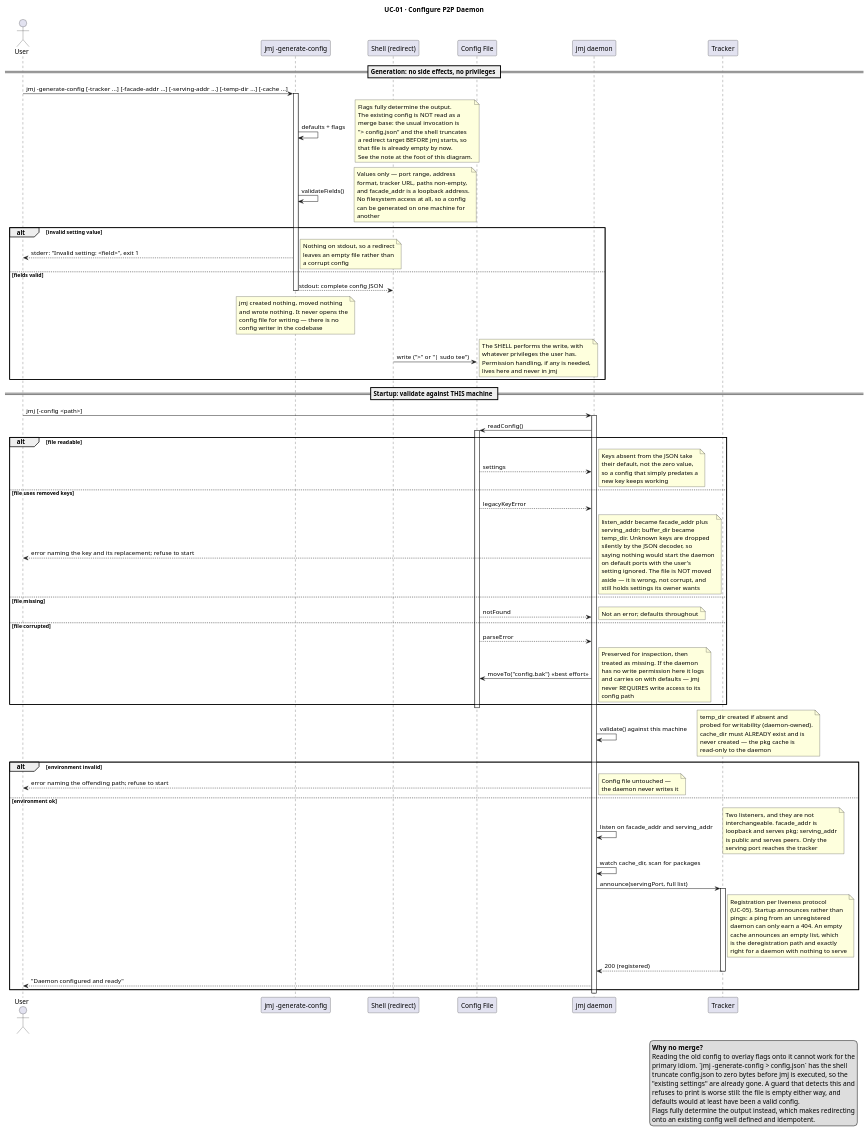
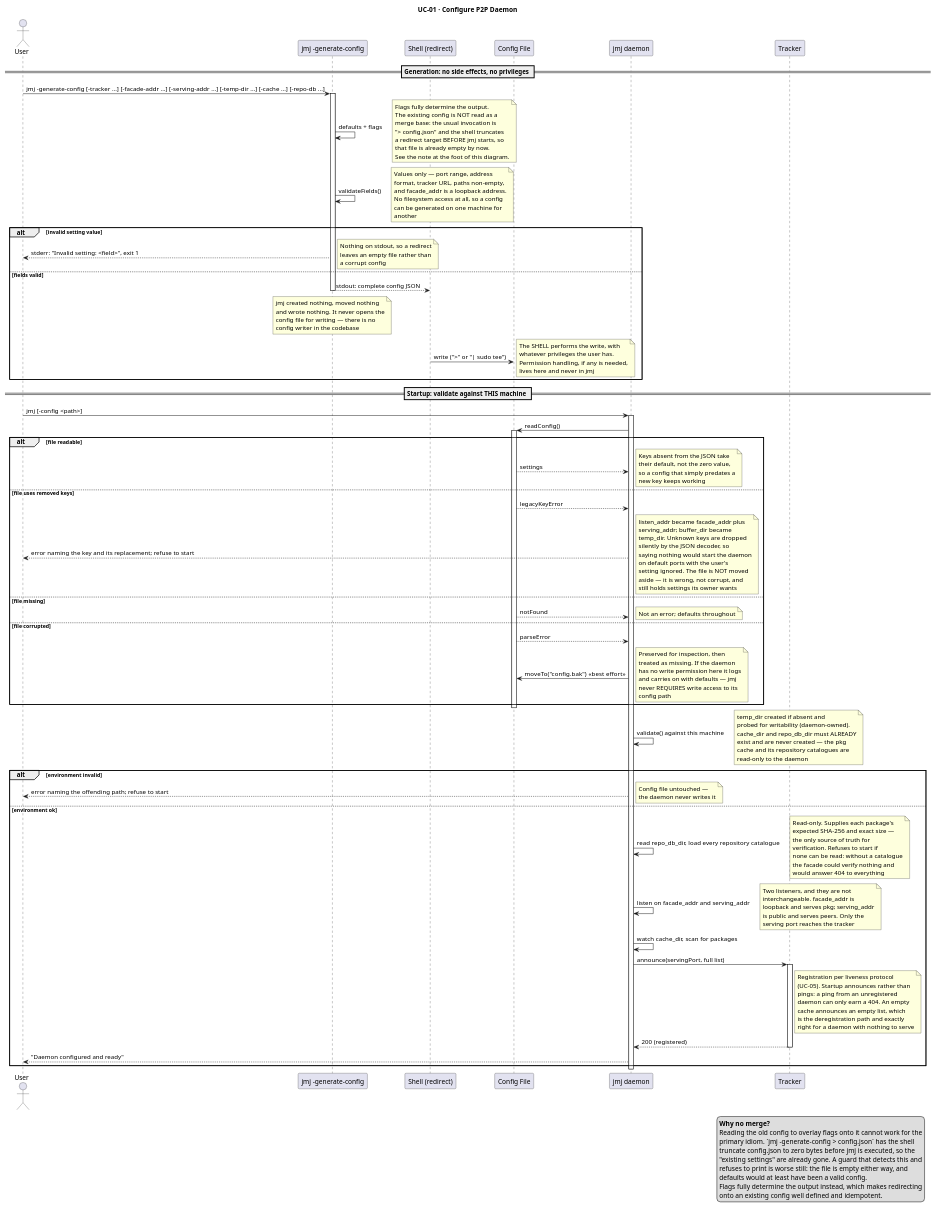
Before and after one commit to ndrew222/p2p-pkg-daemon: the diagram in docs/uc-01.puml, drawn with PlantUML. The commit also changed 4 other files, not shown here.

First line of the commit message:
docs: document repo_db_dir and record the §4.2/§4.3 decisions

```diff
--- a/docs/uc-01.puml
+++ b/docs/uc-01.puml
@@ -1,98 +1,101 @@
 @startuml
 title UC-01 · Configure P2P Daemon
 
 actor       User
 participant "jmj -generate-config" as Gen
 participant "Shell (redirect)"     as Shell
 participant "Config File"          as Config
 participant "jmj daemon"           as Daemon
 participant Tracker
 
 == Generation: no side effects, no privileges ==
 
-User -> Gen : jmj -generate-config [-tracker ...] [-facade-addr ...] [-serving-addr ...] [-temp-dir ...] [-cache ...]
+User -> Gen : jmj -generate-config [-tracker ...] [-facade-addr ...] [-serving-addr ...] [-temp-dir ...] [-cache ...] [-repo-db ...]
 activate Gen
 
 Gen -> Gen : defaults + flags
 note right : Flags fully determine the output.\nThe existing config is NOT read as a\nmerge base: the usual invocation is\n"> config.json" and the shell truncates\na redirect target BEFORE jmj starts, so\nthat file is already empty by now.\nSee the note at the foot of this diagram.
 
 Gen -> Gen : validateFields()
 note right : Values only — port range, address\nformat, tracker URL, paths non-empty,\nand facade_addr is a loopback address.\nNo filesystem access at all, so a config\ncan be generated on one machine for\nanother
 
 alt invalid setting value
 Gen --> User : stderr: "Invalid setting: <field>", exit 1
 note right : Nothing on stdout, so a redirect\nleaves an empty file rather than\na corrupt config
 
 else fields valid
 Gen --> Shell : stdout: complete config JSON
 deactivate Gen
 note over Gen : jmj created nothing, moved nothing\nand wrote nothing. It never opens the\nconfig file for writing — there is no\nconfig writer in the codebase
 
 Shell -> Config : write (">" or "| sudo tee")
 note right : The SHELL performs the write, with\nwhatever privileges the user has.\nPermission handling, if any is needed,\nlives here and never in jmj
 end
 
 == Startup: validate against THIS machine ==
 
 User -> Daemon : jmj [-config <path>]
 activate Daemon
 
 Daemon -> Config : readConfig()
 activate Config
 
 alt file readable
 Config --> Daemon : settings
 note right : Keys absent from the JSON take\ntheir default, not the zero value,\nso a config that simply predates a\nnew key keeps working
 
 else file uses removed keys
 Config --> Daemon : legacyKeyError
 Daemon --> User : error naming the key and its replacement; refuse to start
 note right : listen_addr became facade_addr plus\nserving_addr; buffer_dir became\ntemp_dir. Unknown keys are dropped\nsilently by the JSON decoder, so\nsaying nothing would start the daemon\non default ports with the user's\nsetting ignored. The file is NOT moved\naside — it is wrong, not corrupt, and\nstill holds settings its owner wants
 
 else file missing
 Config --> Daemon : notFound
 note right : Not an error; defaults throughout
 
 else file corrupted
 Config --> Daemon : parseError
 Daemon -> Config : moveTo("config.bak")  <<best effort>>
 note right : Preserved for inspection, then\ntreated as missing. If the daemon\nhas no write permission here it logs\nand carries on with defaults — jmj\nnever REQUIRES write access to its\nconfig path
 end
 deactivate Config
 
 Daemon -> Daemon : validate() against this machine
-note right : temp_dir created if absent and\nprobed for writability (daemon-owned).\ncache_dir must ALREADY exist and is\nnever created — the pkg cache is\nread-only to the daemon
+note right : temp_dir created if absent and\nprobed for writability (daemon-owned).\ncache_dir and repo_db_dir must ALREADY\nexist and are never created — the pkg\ncache and its repository catalogues are\nread-only to the daemon
 
 alt environment invalid
 Daemon --> User : error naming the offending path; refuse to start
 note right : Config file untouched —\nthe daemon never writes it
 
 else environment ok
+Daemon -> Daemon : read repo_db_dir, load every repository catalogue
+note right : Read-only. Supplies each package's\nexpected SHA-256 and exact size —\nthe only source of truth for\nverification. Refuses to start if\nnone can be read: without a catalogue\nthe facade could verify nothing and\nwould answer 404 to everything
+
 Daemon -> Daemon : listen on facade_addr and serving_addr
 note right : Two listeners, and they are not\ninterchangeable. facade_addr is\nloopback and serves pkg; serving_addr\nis public and serves peers. Only the\nserving port reaches the tracker
 
 Daemon -> Daemon : watch cache_dir, scan for packages
 
 Daemon -> Tracker : announce(servingPort, full list)
 activate Tracker
 note right of Tracker : Registration per liveness protocol\n(UC-05). Startup announces rather than\npings: a ping from an unregistered\ndaemon can only earn a 404. An empty\ncache announces an empty list, which\nis the deregistration path and exactly\nright for a daemon with nothing to serve
 Tracker --> Daemon : 200 (registered)
 deactivate Tracker
 
 Daemon --> User : "Daemon configured and ready"
 end
 
 deactivate Daemon
 
 legend right
   **Why no merge?**
   Reading the old config to overlay flags onto it cannot work for the
   primary idiom. `jmj -generate-config > config.json` has the shell
   truncate config.json to zero bytes before jmj is executed, so the
   "existing settings" are already gone. A guard that detects this and
   refuses to print is worse still: the file is empty either way, and
   defaults would at least have been a valid config.
   Flags fully determine the output instead, which makes redirecting
   onto an existing config well defined and idempotent.
 endlegend
 @enduml
```
